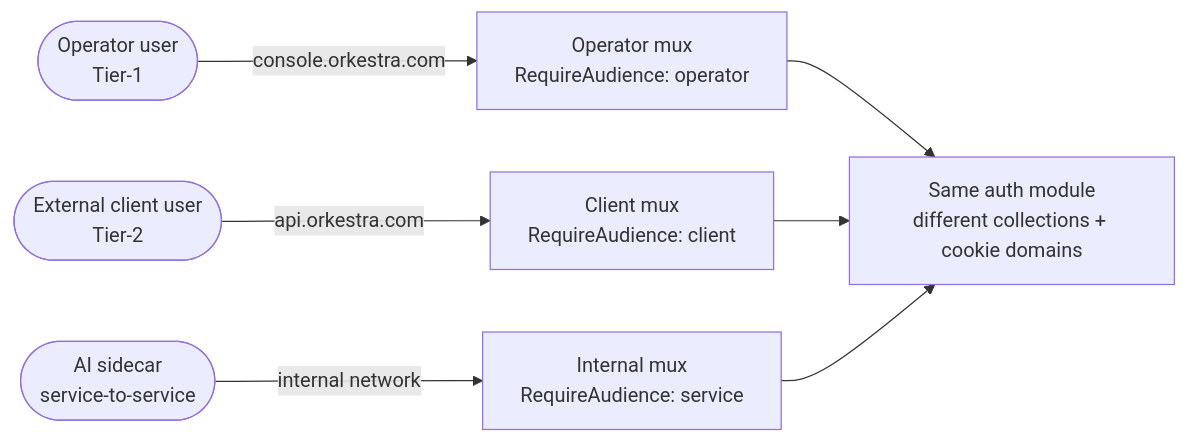
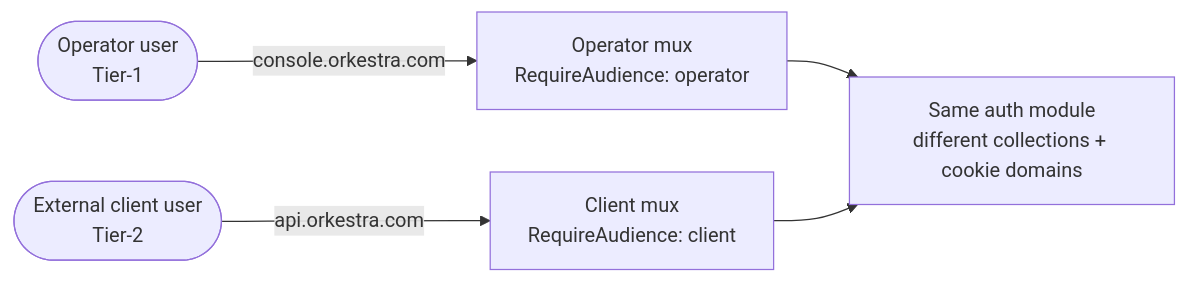
The diagram in docs/site/architecture/authentication-flow.mdx (orkestra-cc/orkestra), drawn with Mermaid before and after one commit. The commit also changed other lines of this file and 19 other files, not shown here.

````diff
--- a/docs/site/architecture/authentication-flow.mdx
+++ b/docs/site/architecture/authentication-flow.mdx
@@ -21,9 +20,7 @@
 ```mermaid
 flowchart LR
   user1(["Operator user<br/>Tier-1"]) -- console.orkestra.com --> opMux[Operator mux<br/>RequireAudience: operator]
   user2(["External client user<br/>Tier-2"]) -- api.orkestra.com --> clMux[Client mux<br/>RequireAudience: client]
-  service(["AI sidecar<br/>service-to-service"]) -- internal network --> intMux[Internal mux<br/>RequireAudience: service]
   opMux --> handlers[Same auth module<br/>different collections + cookie domains]
   clMux --> handlers
-  intMux --> handlers
 ```
````
